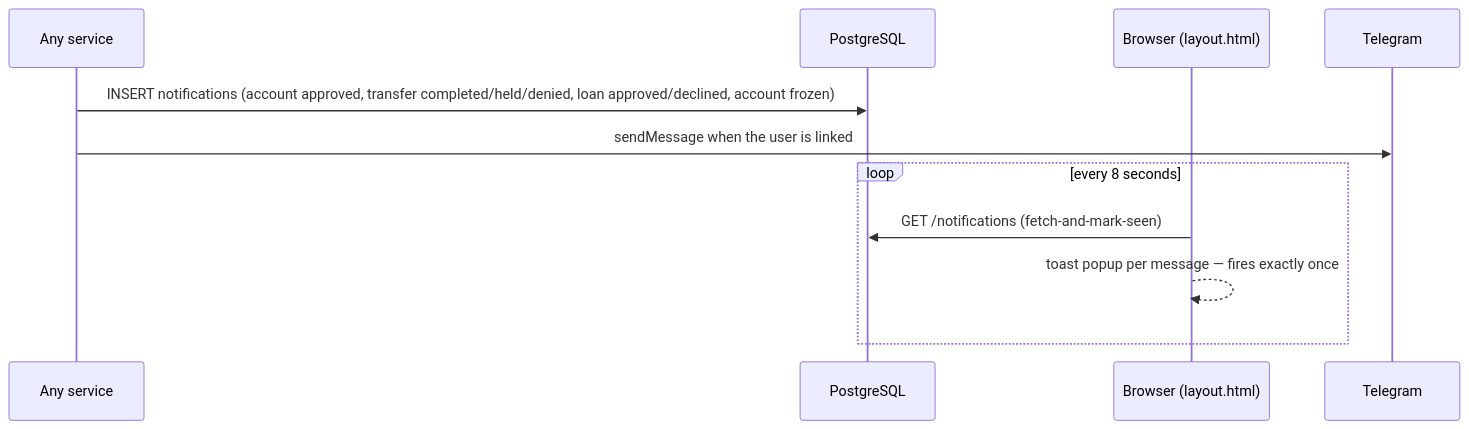
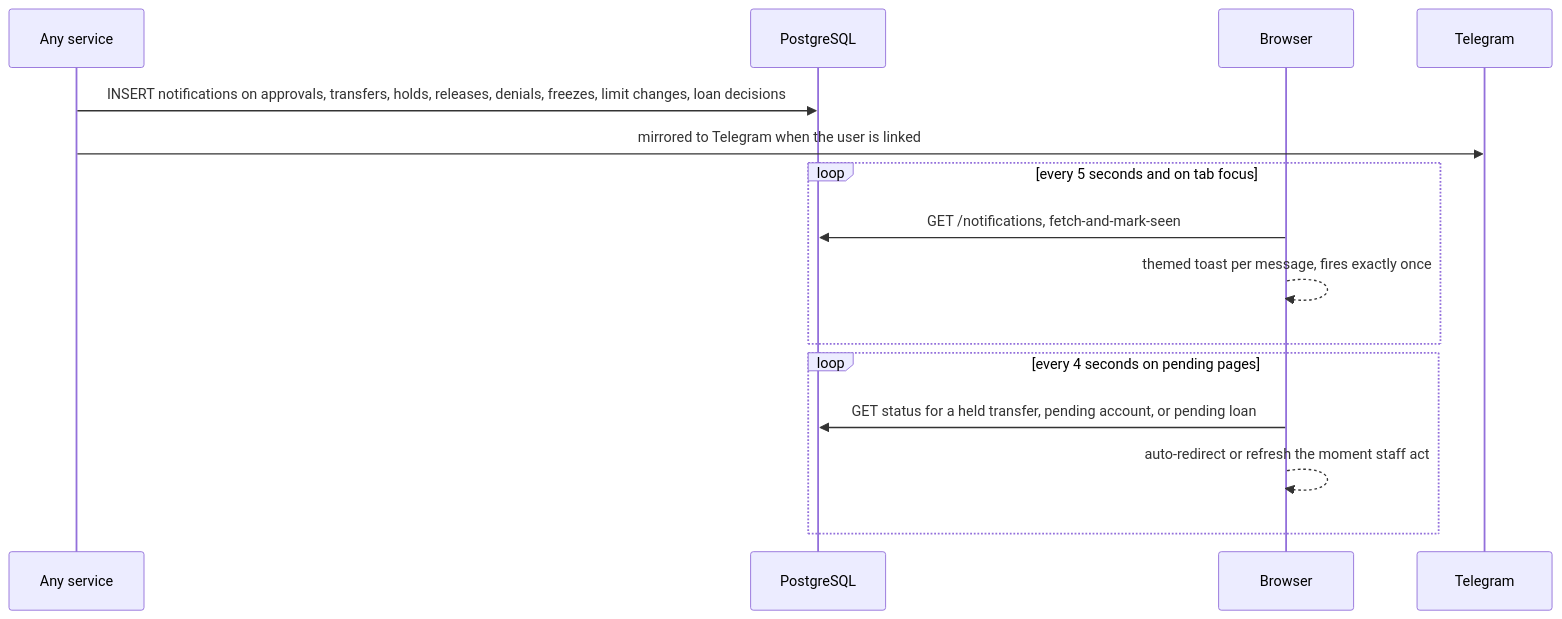
Diagram 12 of 14 in docs/FLOWS.md (cthyuiii/FerroBank), drawn with Mermaid before and after one commit. The commit also changed other lines of this file and 61 other files, not shown here.

````diff
--- a/docs/FLOWS.md
+++ b/docs/FLOWS.md
@@ -308,14 +271,18 @@
 ```mermaid
 sequenceDiagram
     participant SV as Any service
     participant P as PostgreSQL
-    participant B as Browser (layout.html)
-    participant TG as Telegram
+    participant B as Browser
+    participant T as Telegram
 
-    SV->>P: INSERT notifications (account approved, transfer completed/held/denied, loan approved/declined, account frozen)
-    SV->>TG: sendMessage when the user is linked
-    loop every 8 seconds
-        B->>P: GET /notifications (fetch-and-mark-seen)
-        B-->>B: toast popup per message — fires exactly once
+    SV->>P: INSERT notifications on approvals, transfers, holds, releases, denials, freezes, limit changes, loan decisions
+    SV->>T: mirrored to Telegram when the user is linked
+    loop every 5 seconds and on tab focus
+        B->>P: GET /notifications, fetch-and-mark-seen
+        B-->>B: themed toast per message, fires exactly once
+    end
+    loop every 4 seconds on pending pages
+        B->>P: GET status for a held transfer, pending account, or pending loan
+        B-->>B: auto-redirect or refresh the moment staff act
     end
 ```
````
